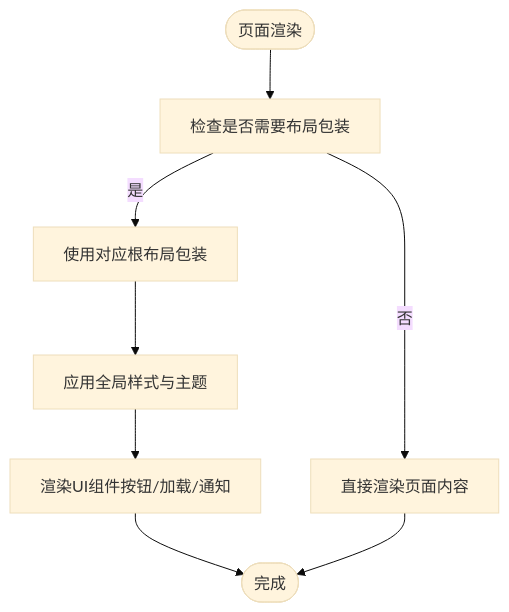
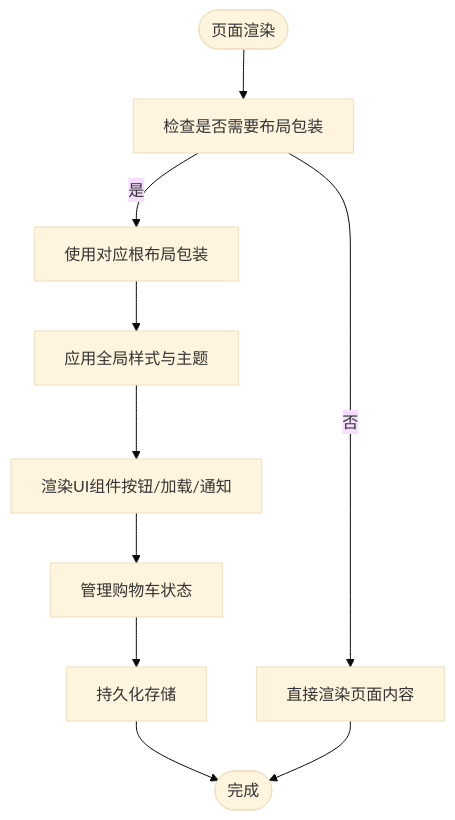
The fifth of 11 diagrams in .qoder/repowiki/zh/content/架构设计/前端架构设计.md (three3638-arch/celestia_2b), drawn with Mermaid (base theme) before and after one commit. The commit also changed other lines of this file and 17 other files, not shown here.

````diff
--- a/.qoder/repowiki/zh/content/架构设计/前端架构设计.md
+++ b/.qoder/repowiki/zh/content/架构设计/前端架构设计.md
@@ -198,10 +233,12 @@
 ```mermaid
 flowchart TD
 Start(["页面渲染"]) --> CheckLayout["检查是否需要布局包装"]
 CheckLayout --> |是| Wrap["使用对应根布局包装"]
 CheckLayout --> |否| Direct["直接渲染页面内容"]
 Wrap --> ApplyStyles["应用全局样式与主题"]
 ApplyStyles --> RenderUI["渲染UI组件按钮/加载/通知"]
-RenderUI --> End(["完成"])
+RenderUI --> ManageState["管理购物车状态"]
+ManageState --> Persist["持久化存储"]
+Persist --> End(["完成"])
 Direct --> End
 ```
````
